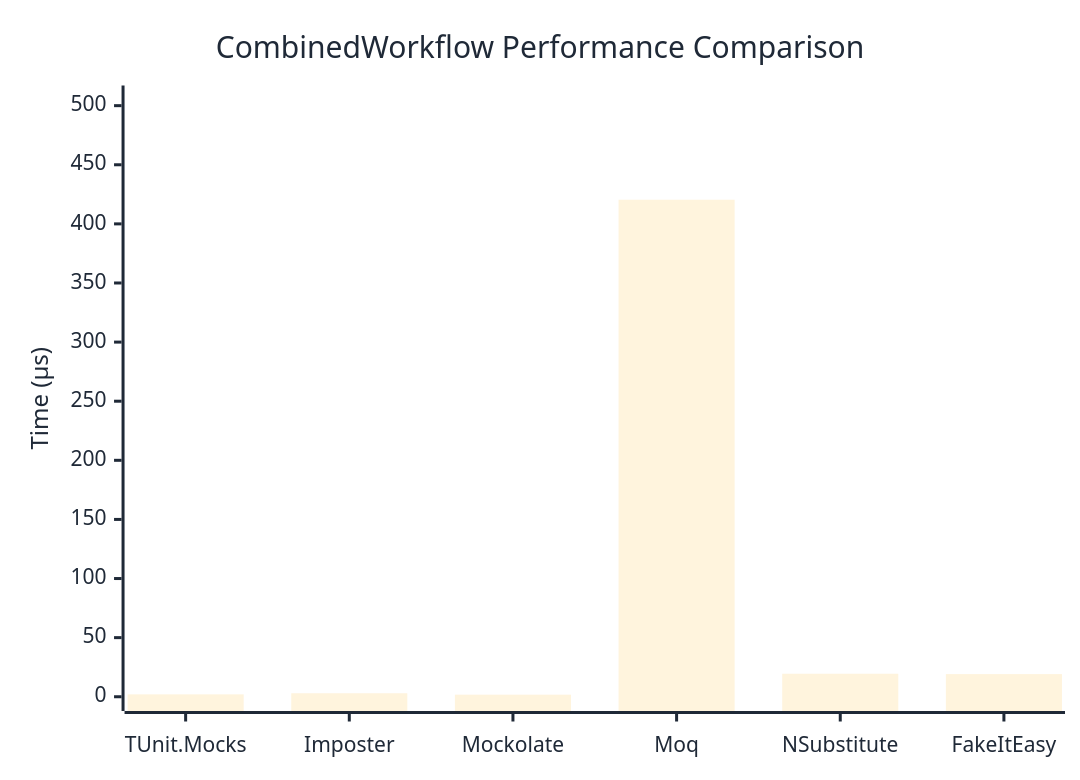
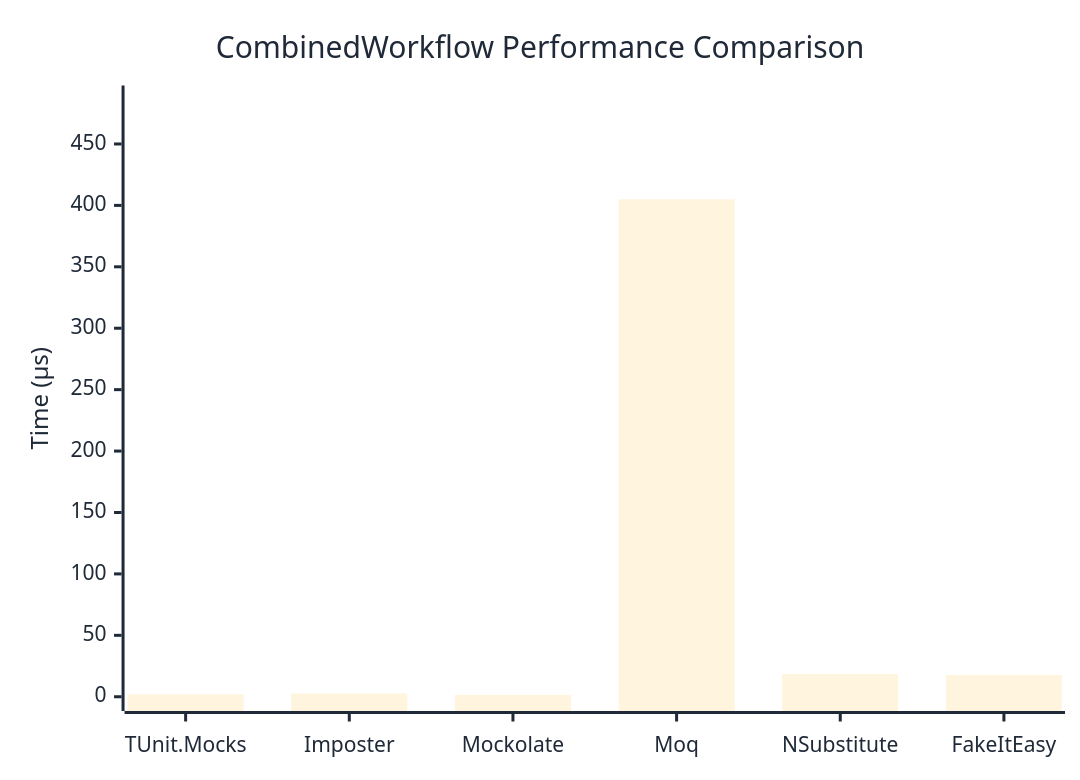
One commit to thomhurst/TUnit changed the diagram in docs/docs/benchmarks/mocks/CombinedWorkflow.md. Above: the diagram before and after it, drawn with Mermaid. The commit also changed other lines of this file and 14 other files, not shown here.

````diff
--- a/docs/docs/benchmarks/mocks/CombinedWorkflow.md
+++ b/docs/docs/benchmarks/mocks/CombinedWorkflow.md
@@ -30,27 +30,27 @@
 ```mermaid
 %%{init: {
   'theme':'base',
   'themeVariables': {
     'primaryColor': '#2563eb',
     'primaryTextColor': '#1f2937',
     'primaryBorderColor': '#1e40af',
     'lineColor': '#6b7280',
     'secondaryColor': '#7c3aed',
     'tertiaryColor': '#dc2626',
     'background': '#ffffff',
     'pie1': '#2563eb',
     'pie2': '#7c3aed',
     'pie3': '#dc2626',
     'pie4': '#f59e0b',
     'pie5': '#10b981',
     'pie6': '#06b6d4',
     'pie7': '#ec4899',
     'pie8': '#6366f1'
   }
 }}%%
 xychart-beta
   title "CombinedWorkflow Performance Comparison"
   x-axis ["TUnit.Mocks", "Imposter", "Mockolate", "Moq", "NSubstitute", "FakeItEasy"]
-  y-axis "Time (μs)" 0 --> 505
-  bar [2.019, 2.975, 1.764, 420.429, 19.471, 19.149]
+  y-axis "Time (μs)" 0 --> 486
+  bar [1.94, 2.604, 1.615, 404.907, 18.5, 17.699]
 ```
````
